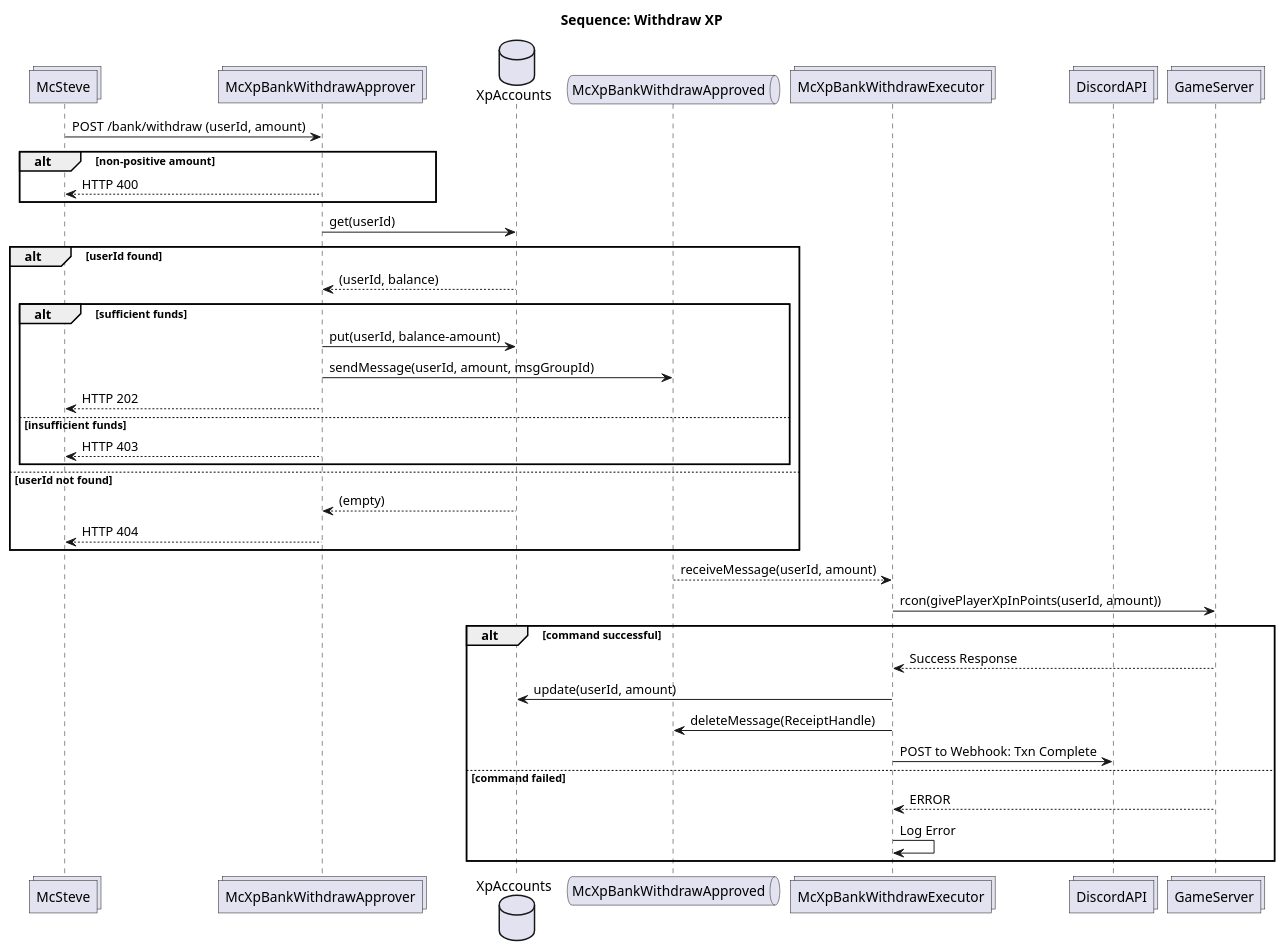
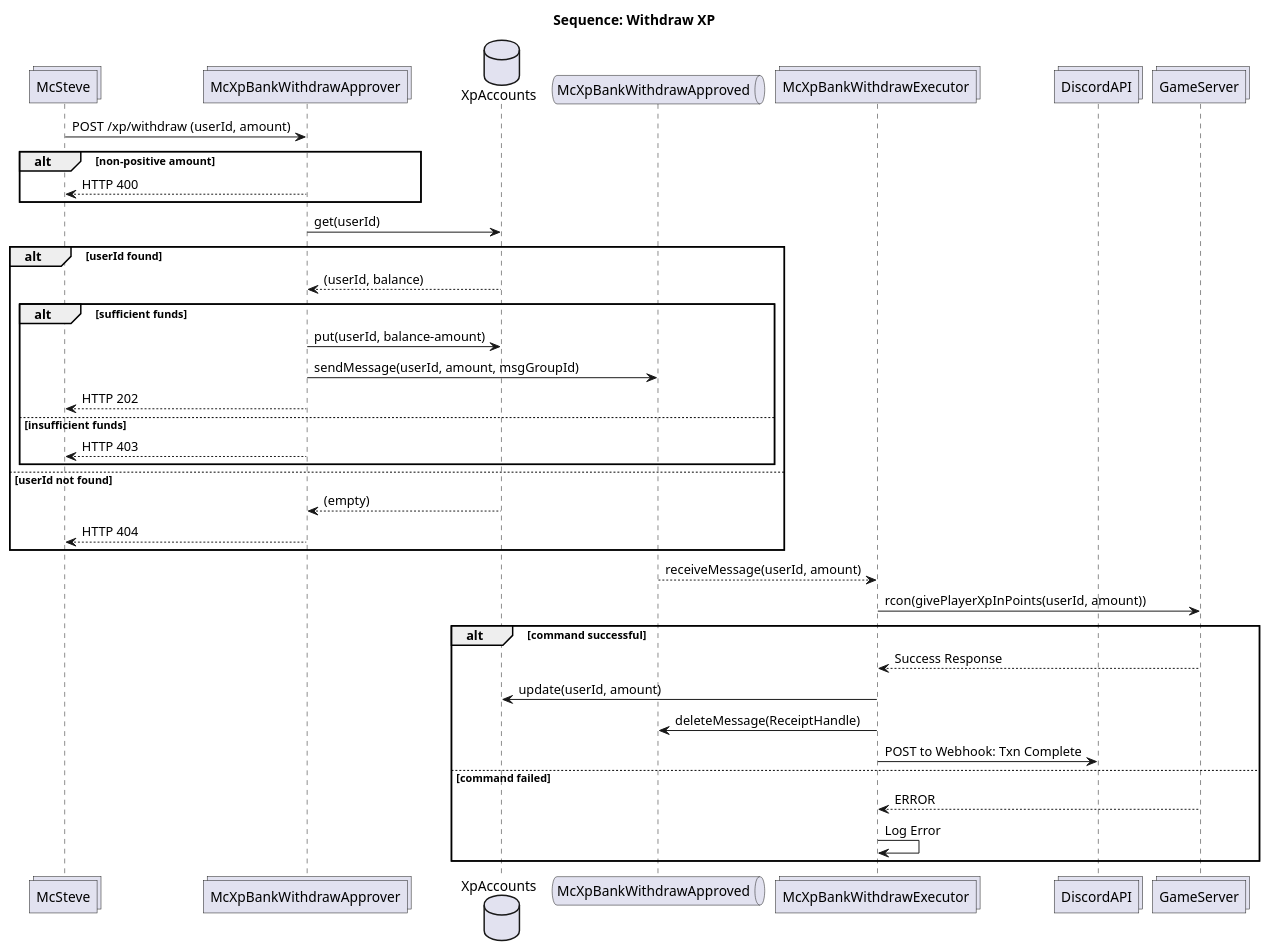
One commit to Ubunfu/mc-xp-bank changed the diagram in docs/sequence_withdraw.puml. Above: the diagram before and after it, drawn with PlantUML. The commit also changed 15 other files, not shown here.

```diff
--- a/docs/sequence_withdraw.puml
+++ b/docs/sequence_withdraw.puml
@@ -1,47 +1,47 @@
 @startuml sequence_withdraw
 
 title Sequence: Withdraw XP
 
 collections McSteve
 collections McXpBankWithdrawApprover
 database XpAccounts
 queue McXpBankWithdrawApproved
 collections McXpBankWithdrawExecutor
 collections DiscordAPI
 collections GameServer
 
-McSteve -> McXpBankWithdrawApprover: POST /bank/withdraw (userId, amount)
+McSteve -> McXpBankWithdrawApprover: POST /xp/withdraw (userId, amount)
 alt non-positive amount
     McSteve <-- McXpBankWithdrawApprover: HTTP 400
 end
 
 ' Withdraw Approver App
 McXpBankWithdrawApprover -> XpAccounts: get(userId)
 alt userId found
     McXpBankWithdrawApprover <-- XpAccounts: (userId, balance)
     alt sufficient funds
         McXpBankWithdrawApprover -> XpAccounts: put(userId, balance-amount)
         McXpBankWithdrawApprover -> McXpBankWithdrawApproved: sendMessage(userId, amount, msgGroupId)
         McSteve <-- McXpBankWithdrawApprover: HTTP 202
     else insufficient funds
         McSteve <-- McXpBankWithdrawApprover: HTTP 403
     end
 else userId not found
     McXpBankWithdrawApprover <-- XpAccounts: (empty)
     McSteve <-- McXpBankWithdrawApprover: HTTP 404
 end
 
 ' Withdraw Approver App
 McXpBankWithdrawApproved --> McXpBankWithdrawExecutor: receiveMessage(userId, amount)
 McXpBankWithdrawExecutor -> GameServer: rcon(givePlayerXpInPoints(userId, amount))
 alt command successful
     McXpBankWithdrawExecutor <-- GameServer: Success Response
     McXpBankWithdrawExecutor -> XpAccounts: update(userId, amount)
     McXpBankWithdrawExecutor -> McXpBankWithdrawApproved: deleteMessage(ReceiptHandle)
     McXpBankWithdrawExecutor -> DiscordAPI: POST to Webhook: Txn Complete
 else command failed
     McXpBankWithdrawExecutor <-- GameServer: ERROR
     McXpBankWithdrawExecutor -> McXpBankWithdrawExecutor: Log Error
 end
 
 @enduml
```
